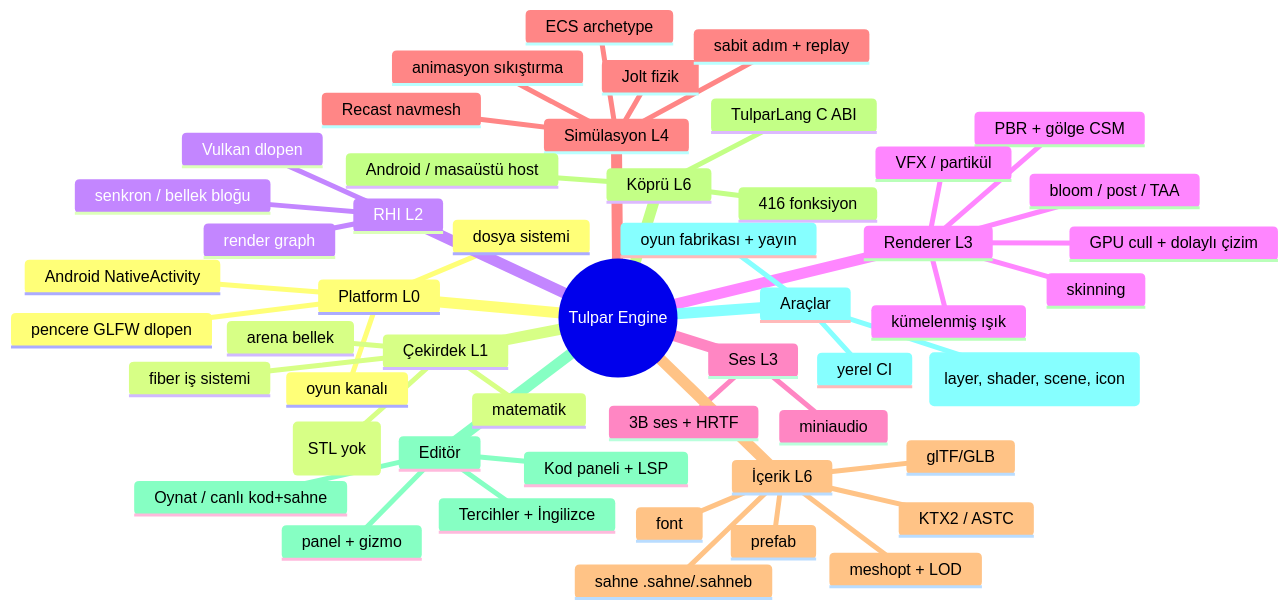
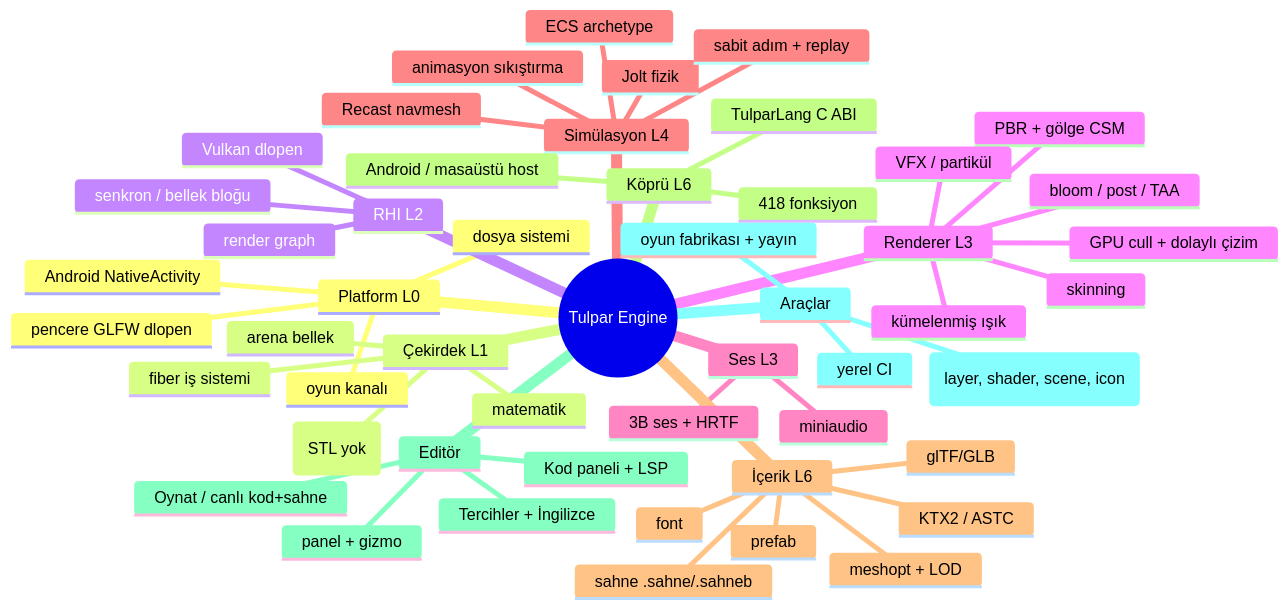
The diagram in docs/OZELLIK-HARITASI.md (hamer1818/tulpar-engine), drawn with Mermaid before and after one commit. The commit also changed other lines of this file and 14 other files, not shown here.

````diff
--- a/docs/OZELLIK-HARITASI.md
+++ b/docs/OZELLIK-HARITASI.md
@@ -10,54 +10,54 @@
 ```mermaid
 mindmap
   root((Tulpar Engine))
     Platform L0
       pencere GLFW dlopen
       dosya sistemi
       Android NativeActivity
       oyun kanalı
     Çekirdek L1
       fiber iş sistemi
       arena bellek
       matematik
       konteynerler (STL yok)
     RHI L2
       Vulkan dlopen
       render graph
       senkron / bellek bloğu
     Renderer L3
       PBR + gölge CSM
       bloom / post / TAA
       GPU cull + dolaylı çizim
       kümelenmiş ışık
       skinning
       VFX / partikül
     Ses L3
       miniaudio
       3B ses + HRTF
     Simülasyon L4
       ECS archetype
       Jolt fizik
       Recast navmesh
       animasyon sıkıştırma
       sabit adım + replay
     İçerik L6
       glTF/GLB
       sahne .sahne/.sahneb
       KTX2 / ASTC
       meshopt + LOD
       font
       prefab
     Köprü L6
       TulparLang C ABI
-      416 fonksiyon
+      418 fonksiyon
       Android / masaüstü host
     Editör
       panel + gizmo
       Kod paneli + LSP
       Oynat / canlı kod+sahne
       Tercihler + İngilizce
     Araçlar
       kapılar (layer, shader, scene, icon)
       yerel CI
       oyun fabrikası + yayın
 ```
````
